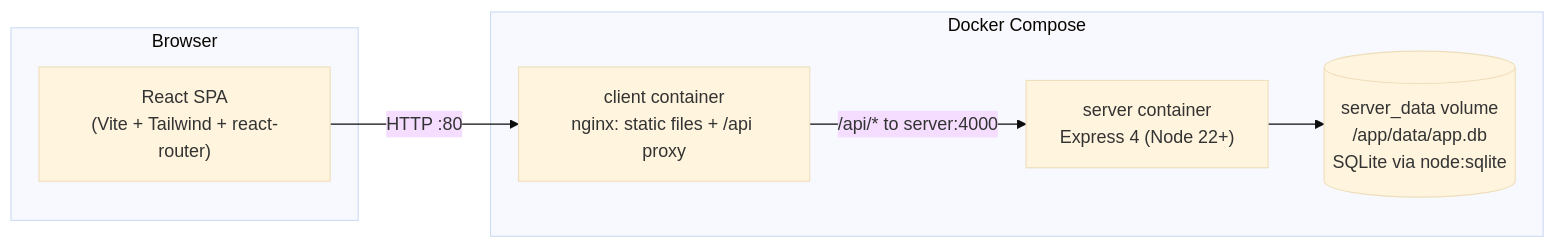
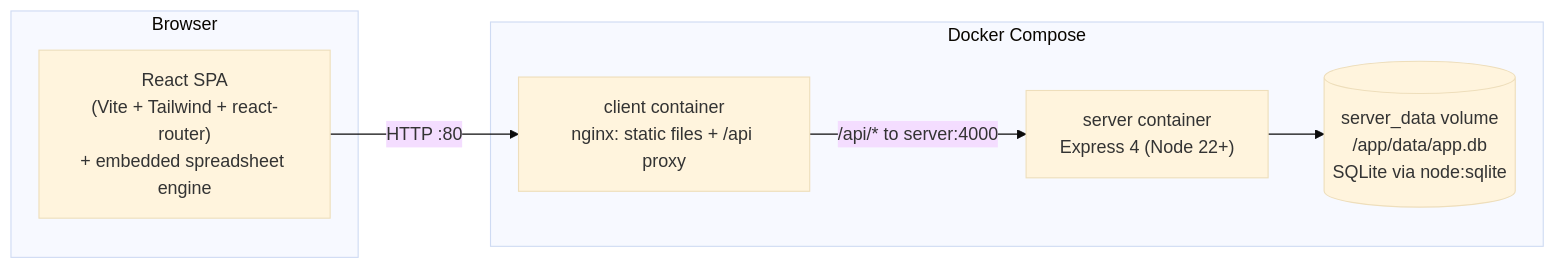
The first of 9 diagrams in docs/ARCHITECTURE.md (phonevilleofficial2025/stock-predictor), drawn with Mermaid (base theme) before and after one commit. The commit also changed other lines of this file and 4 other files, not shown here.

````diff
--- a/docs/ARCHITECTURE.md
+++ b/docs/ARCHITECTURE.md
@@ -5,14 +5,14 @@
 ```mermaid
 flowchart LR
   subgraph Browser
-    SPA["React SPA<br/>(Vite + Tailwind + react-router)"]
+    SPA["React SPA<br/>(Vite + Tailwind + react-router)<br/>+ embedded spreadsheet engine"]
   end
   subgraph Docker["Docker Compose"]
     NGINX["client container<br/>nginx: static files + /api proxy"]
     API["server container<br/>Express 4 (Node 22+)"]
     VOL[("server_data volume<br/>/app/data/app.db<br/>SQLite via node:sqlite")]
   end
   SPA -- "HTTP :80" --> NGINX
   NGINX -- "/api/* to server:4000" --> API
   API --> VOL
 ```
````
